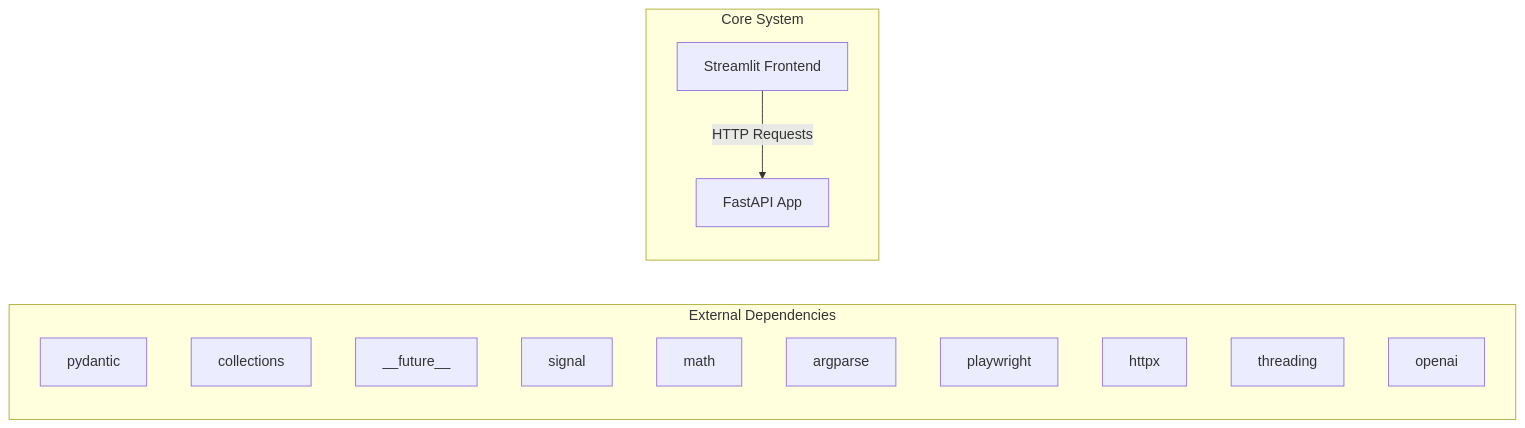
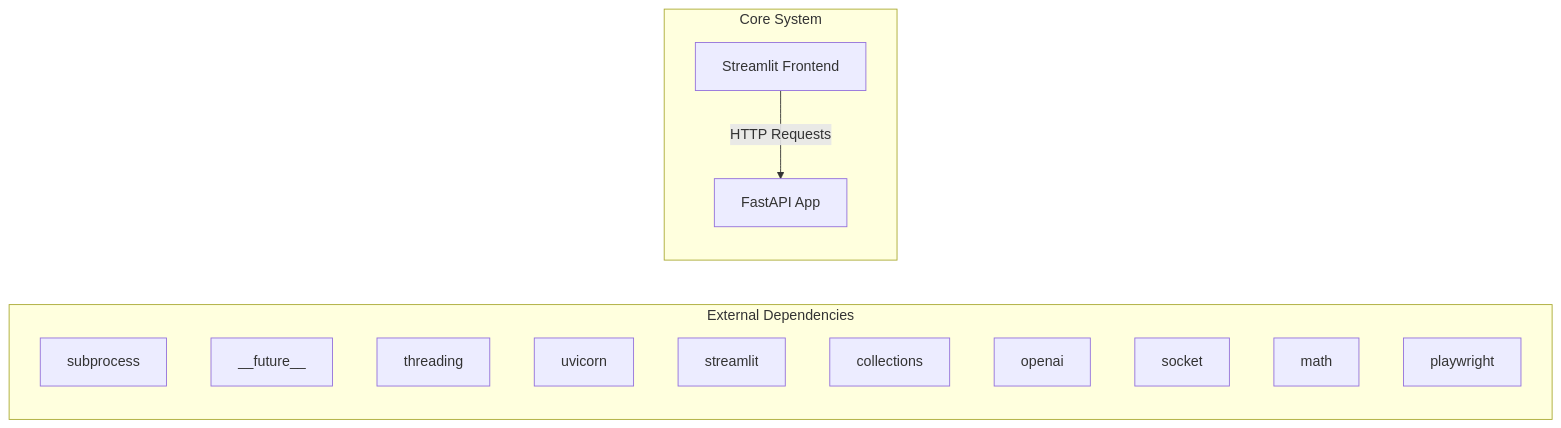
Before and after one commit to NITISH-R-G/rag-context-optimizer: the first of 2 diagrams in docs/architecture.md, drawn with Mermaid. The commit also changed 1 other file, not shown here.

Commit message:
docs: auto-update repository knowledge, architecture diagrams, and documentation

````diff
--- a/docs/architecture.md
+++ b/docs/architecture.md
@@ -7,20 +7,20 @@
 ```mermaid
 graph LR
     subgraph External Dependencies
-        E0["pydantic"]
-        E1["collections"]
-        E2["__future__"]
-        E3["signal"]
-        E4["math"]
-        E5["argparse"]
-        E6["playwright"]
-        E7["httpx"]
-        E8["threading"]
-        E9["openai"]
+        E0["subprocess"]
+        E1["__future__"]
+        E2["threading"]
+        E3["uvicorn"]
+        E4["streamlit"]
+        E5["collections"]
+        E6["openai"]
+        E7["socket"]
+        E8["math"]
+        E9["playwright"]
     end
     subgraph Core System
         API["FastAPI App"]
         UI["Streamlit Frontend"]
     end
     UI -->|HTTP Requests| API
 ```
````
